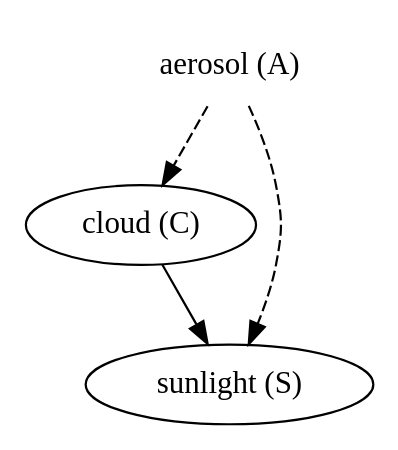
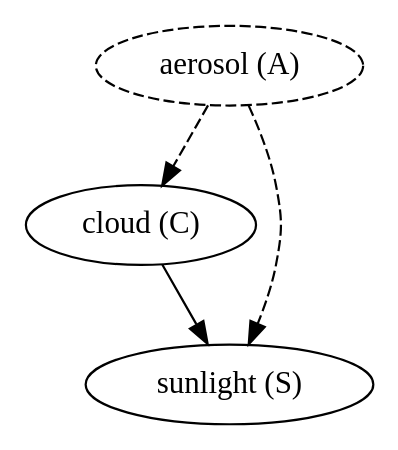
Before and after one commit to massma/causality-earth-science: the diagram in dot/unobserved-aerosol.dot, drawn with Graphviz. The commit also changed 6 other files, not shown here.

Commit message:
got first figure to work with pfg. pgf is very nice

```diff
--- a/dot/unobserved-aerosol.dot
+++ b/dot/unobserved-aerosol.dot
@@ -1,10 +1,10 @@
 digraph G {
 	c[label="cloud (C)"];
-	a[label="aerosol (A)", shape = "plaintext"];
+	a[label="aerosol (A)", style = "dashed"];
 	s[label="sunlight (S)"];
 
 	a -> c[style = "dashed"];
 	c -> s;
 	a -> s[style = "dashed"];
 
 }
```
